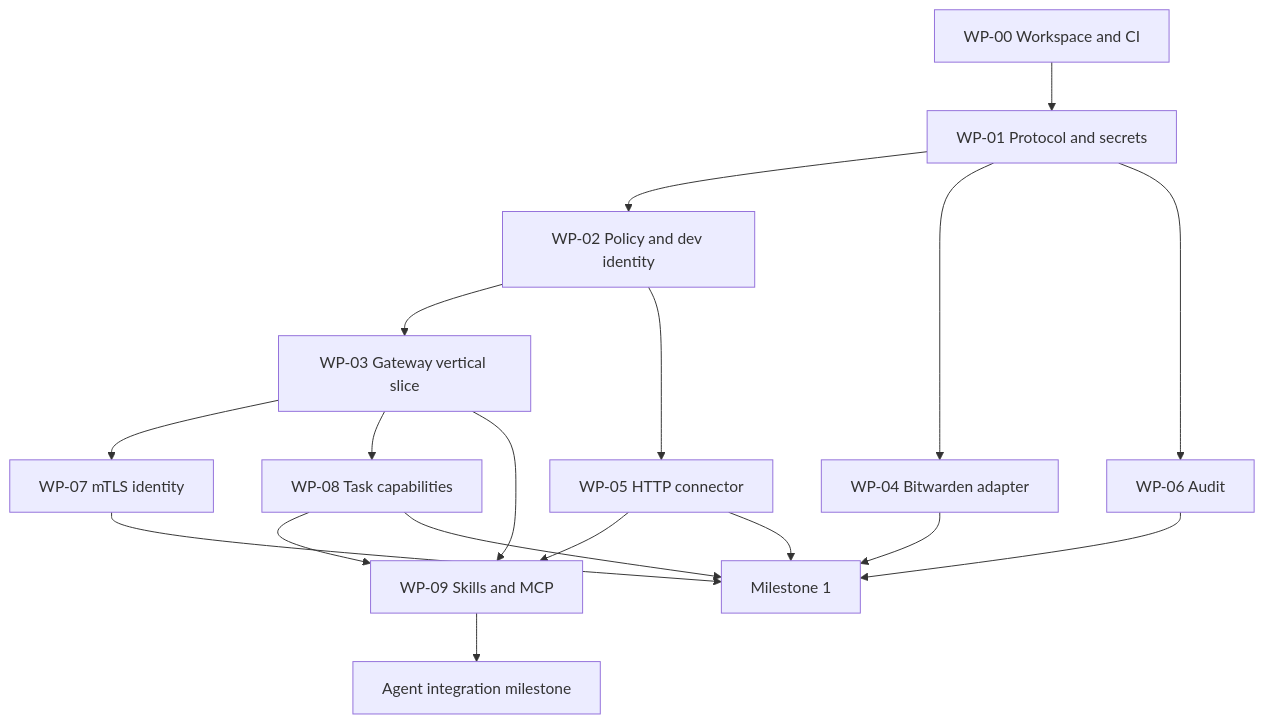
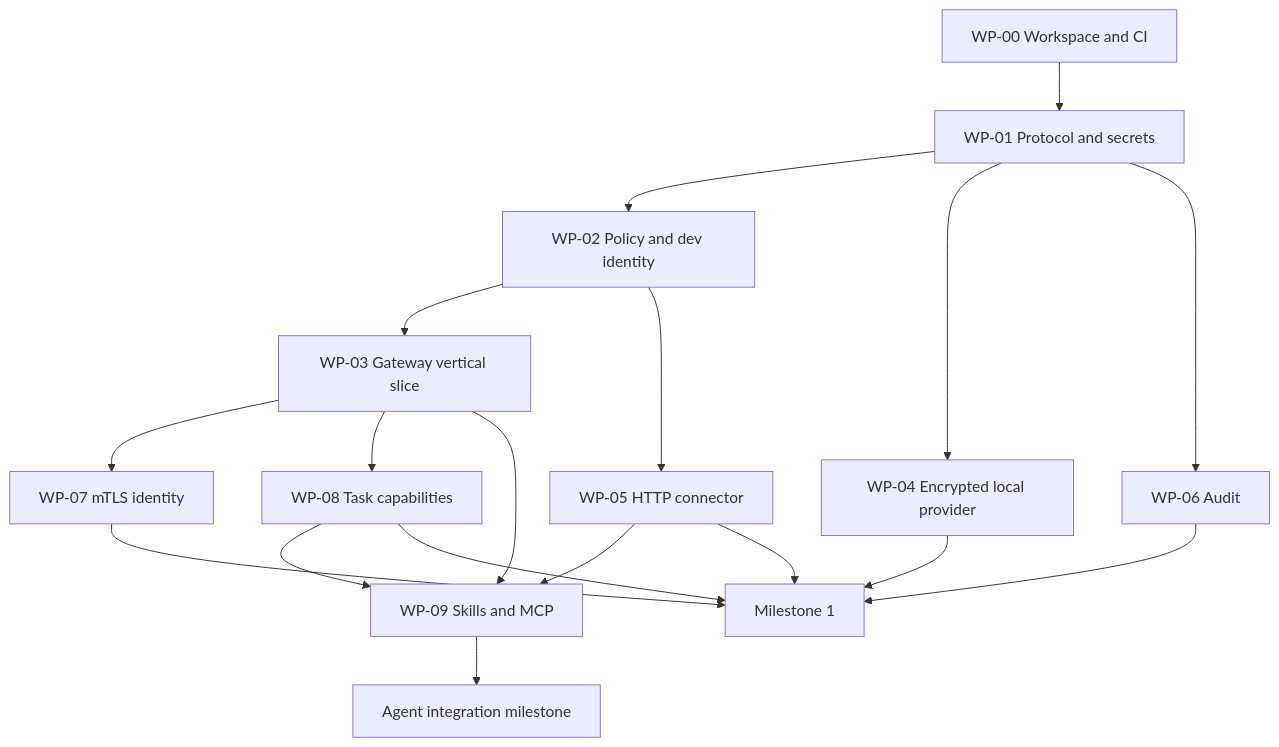
Before and after one commit to carloscn/agent-credential-firewall: the diagram in docs/implementation-plan.md, drawn with Mermaid. The commit also changed other lines of this file and 7 other files, not shown here.

````diff
--- a/docs/implementation-plan.md
+++ b/docs/implementation-plan.md
@@ -535,20 +545,20 @@
 ```mermaid
 flowchart TD
     W0[WP-00 Workspace and CI] --> W1[WP-01 Protocol and secrets]
     W1 --> W2[WP-02 Policy and dev identity]
-    W1 --> W4[WP-04 Bitwarden adapter]
+    W1 --> W4[WP-04 Encrypted local provider]
     W1 --> W6[WP-06 Audit]
     W2 --> W3[WP-03 Gateway vertical slice]
     W2 --> W5[WP-05 HTTP connector]
     W3 --> W7[WP-07 mTLS identity]
     W3 --> W8[WP-08 Task capabilities]
     W3 --> W9[WP-09 Skills and MCP]
     W5 --> W9
     W8 --> W9
     W4 --> M1[Milestone 1]
     W5 --> M1
     W6 --> M1
     W7 --> M1
     W8 --> M1
     W9 --> M2[Agent integration milestone]
 ```
````
